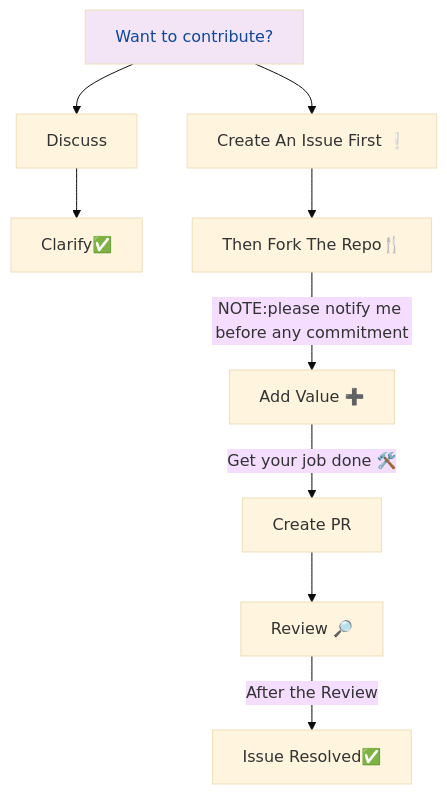
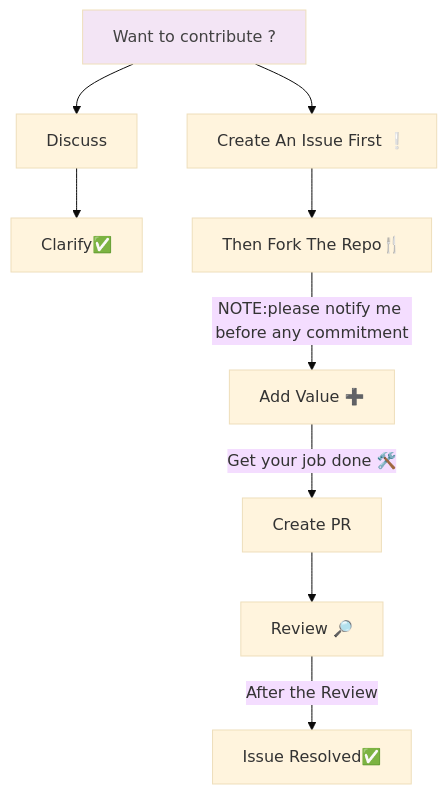
One commit to PragadeeshM1608/Discrete-Mathematics-and-Its-Applications changed the diagram in CONTRIBUTING.md. Above: the diagram before and after it, drawn with Mermaid (base theme).

````diff
--- a/CONTRIBUTING.md
+++ b/CONTRIBUTING.md
@@ -16,9 +16,9 @@
 ```mermaid
 graph TD
-Contribute[Want to contribute?]
+Contribute[Want to contribute ?]
 Contribute --> Discuss --> clarify[Clarify✅]
 Contribute --> Issue[Create An Issue First ❕] --> Fork[Then Fork The Repo🍴] -->|NOTE:please notify me before any commitment| Value[Add Value ➕] -->|Get your job done 🛠️| Pr[Create PR]
  Pr --> Review[Review 🔎]
  Review -->|After the Review| Done[Issue Resolved✅]
-style Contribute fill:#f3e5f5,color:#0d47a1
+style Contribute fill:#f3e5f5,color:#424242
 ``` 
````
